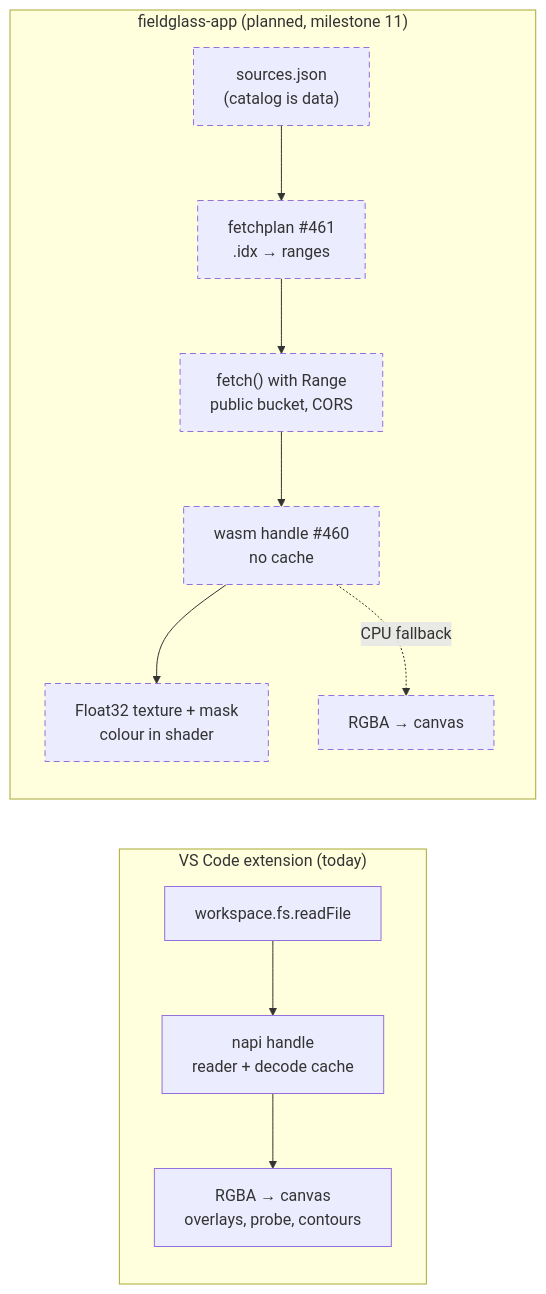
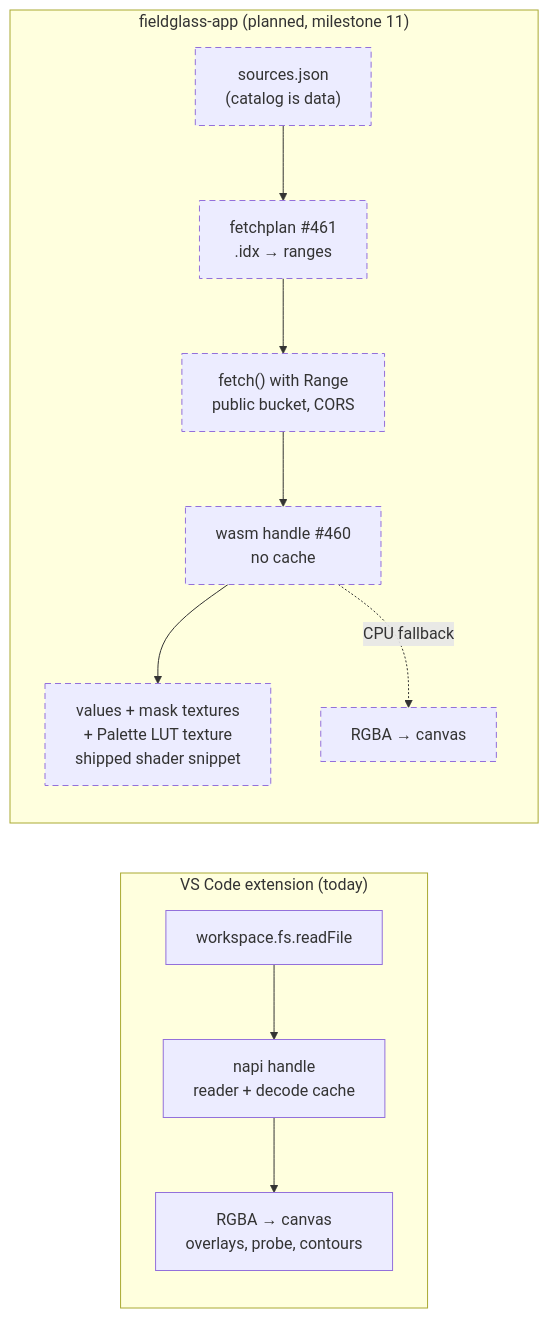
One commit to D0ubleD0uble/fieldglass changed the first of 2 diagrams in docs/architecture/planned/04-hosts.md. Above: the diagram before and after it, drawn with Mermaid. The commit also changed other lines of this file and 3 other files, not shown here.

First line of the commit message:
docs: colour is decided once — Palette in ADR-0006 and the planned graphs

````diff
--- a/docs/architecture/planned/04-hosts.md
+++ b/docs/architecture/planned/04-hosts.md
@@ -15,16 +15,16 @@
 ```mermaid
 flowchart LR
     subgraph vscode["VS Code extension (today)"]
         fs["workspace.fs.readFile"] --> nb["napi handle<br/>reader + decode cache"]
         nb --> canvas["RGBA → canvas<br/>overlays, probe, contours"]
     end
     subgraph browser["fieldglass-app (planned, milestone 11)"]
         cat["sources.json<br/>(catalog is data)"] --> plan["fetchplan #461<br/>.idx → ranges"]
         plan --> fetch["fetch() with Range<br/>public bucket, CORS"]
         fetch --> wb["wasm handle #460<br/>no cache"]
-        wb --> gpu["Float32 texture + mask<br/>colour in shader"]
+        wb --> gpu["values + mask textures<br/>+ Palette LUT texture<br/>shipped shader snippet"]
         wb -. CPU fallback .-> canvas2["RGBA → canvas"]
     end
     classDef planned stroke-dasharray: 6 4
     class cat,plan,fetch,wb,gpu,canvas2 planned
 ```
````
